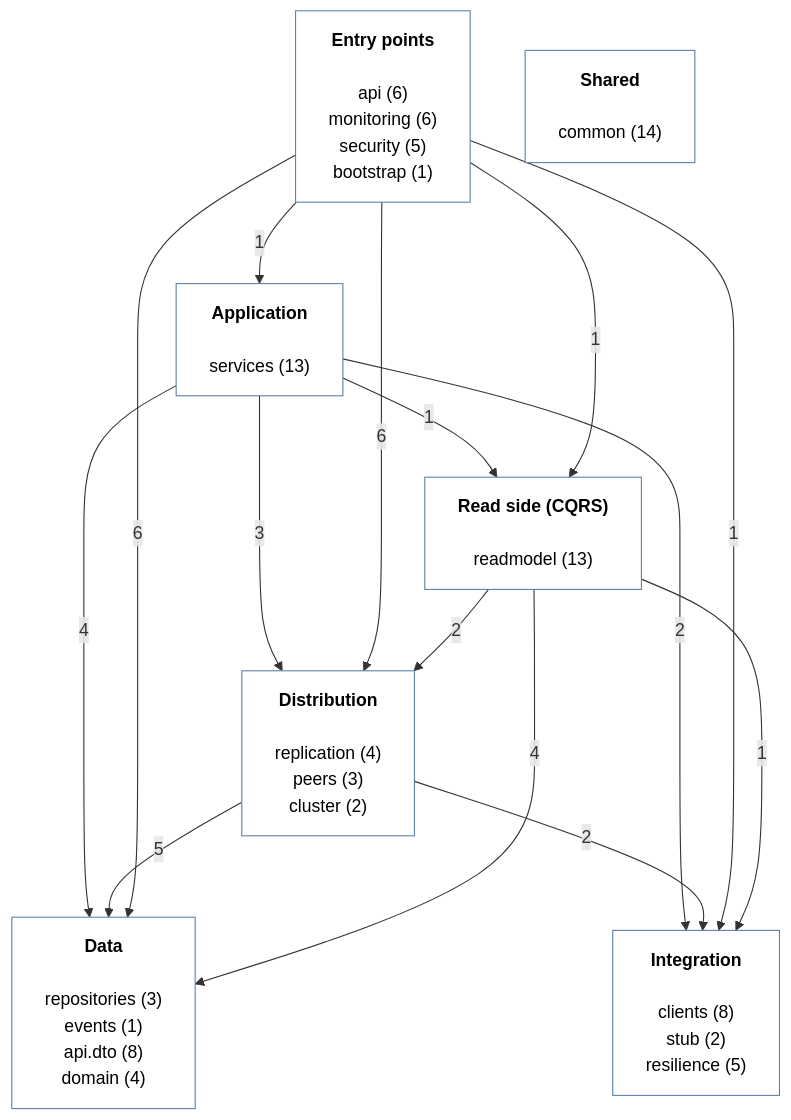
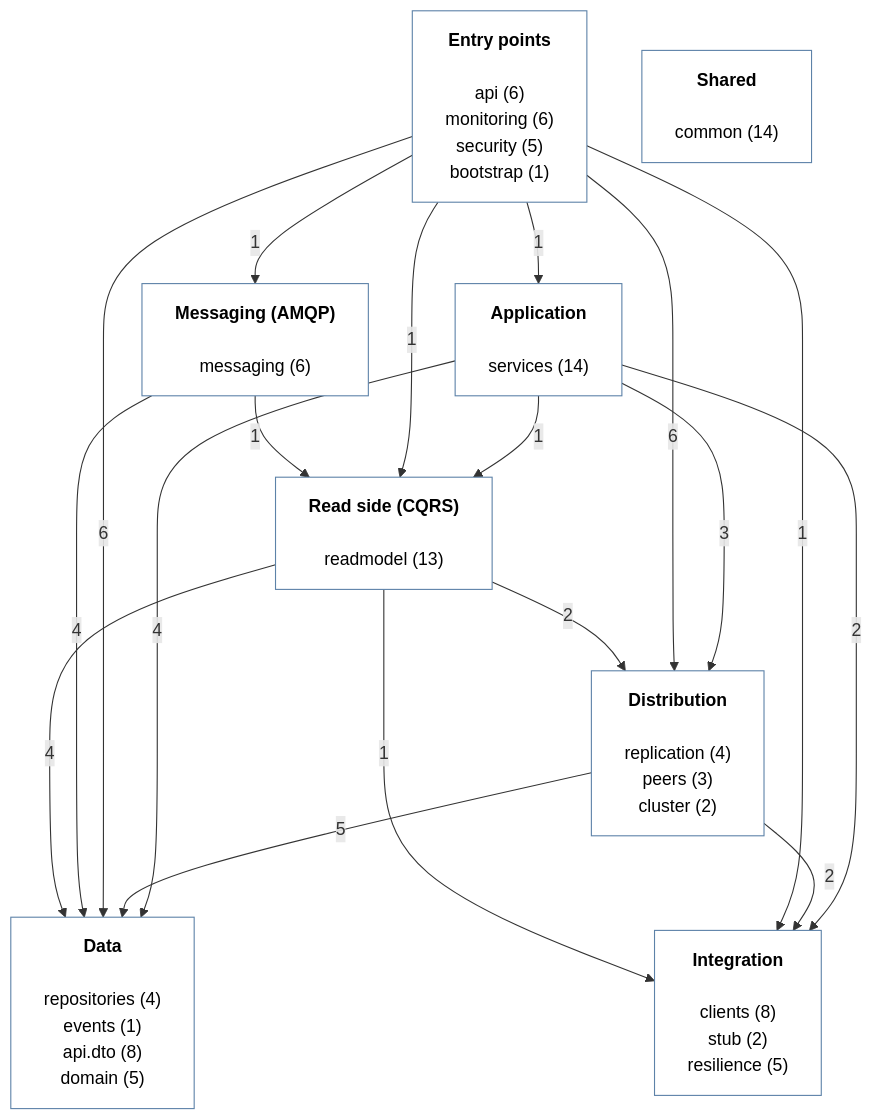
Before and after one commit to ImJay1527/flight-operations-service: the diagram in docs/c4/7-development-view.mmd, drawn with Mermaid. The commit also changed 52 other files, not shown here.

```diff
--- a/docs/c4/7-development-view.mmd
+++ b/docs/c4/7-development-view.mmd
@@ -1,30 +1,34 @@
 ---
 config:
   fontFamily: arial
 ---
 %% Development view (4+1): package groups of pt.isep.sidis.flightops and how they depend on each other.
 %% Generated by scripts/generate-development-view.py from the import statements - do not edit by hand.
 flowchart TB
     G0["<b>Entry points</b><br/><br/>api (6)<br/>monitoring (6)<br/>security (5)<br/>bootstrap (1)"]
-    G1["<b>Application</b><br/><br/>services (13)"]
-    G2["<b>Read side (CQRS)</b><br/><br/>readmodel (13)"]
-    G3["<b>Distribution</b><br/><br/>replication (4)<br/>peers (3)<br/>cluster (2)"]
-    G4["<b>Integration</b><br/><br/>clients (8)<br/>stub (2)<br/>resilience (5)"]
-    G5["<b>Data</b><br/><br/>repositories (3)<br/>events (1)<br/>api.dto (8)<br/>domain (4)"]
-    G6["<b>Shared</b><br/><br/>common (14)"]
-    G1 -->|"4"| G5
-    G1 -->|"3"| G3
-    G1 -->|"2"| G4
-    G1 -->|"1"| G2
-    G3 -->|"5"| G5
+    G1["<b>Application</b><br/><br/>services (14)"]
+    G2["<b>Messaging (AMQP)</b><br/><br/>messaging (6)"]
+    G3["<b>Read side (CQRS)</b><br/><br/>readmodel (13)"]
+    G4["<b>Distribution</b><br/><br/>replication (4)<br/>peers (3)<br/>cluster (2)"]
+    G5["<b>Integration</b><br/><br/>clients (8)<br/>stub (2)<br/>resilience (5)"]
+    G6["<b>Data</b><br/><br/>repositories (4)<br/>events (1)<br/>api.dto (8)<br/>domain (5)"]
+    G7["<b>Shared</b><br/><br/>common (14)"]
+    G1 -->|"4"| G6
+    G1 -->|"3"| G4
+    G1 -->|"2"| G5
+    G1 -->|"1"| G3
+    G4 -->|"5"| G6
+    G4 -->|"2"| G5
+    G0 -->|"1"| G1
+    G0 -->|"6"| G6
+    G0 -->|"6"| G4
+    G0 -->|"1"| G5
+    G0 -->|"1"| G2
+    G0 -->|"1"| G3
+    G2 -->|"4"| G6
+    G2 -->|"1"| G3
+    G3 -->|"4"| G6
     G3 -->|"2"| G4
-    G0 -->|"1"| G1
-    G0 -->|"6"| G5
-    G0 -->|"6"| G3
-    G0 -->|"1"| G4
-    G0 -->|"1"| G2
-    G2 -->|"4"| G5
-    G2 -->|"2"| G3
-    G2 -->|"1"| G4
+    G3 -->|"1"| G5
     classDef group fill:#ffffff,stroke:#5d82a8,color:#000000
-    class G0,G1,G2,G3,G4,G5,G6 group
+    class G0,G1,G2,G3,G4,G5,G6,G7 group
```
